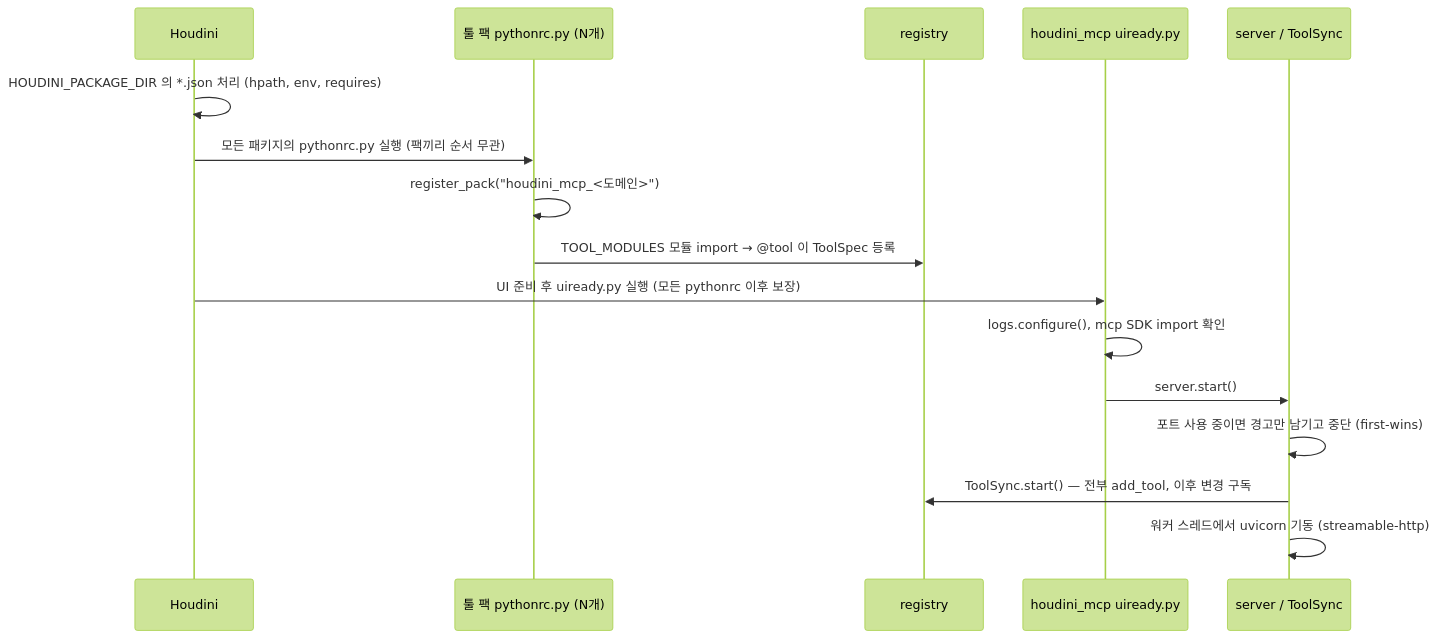
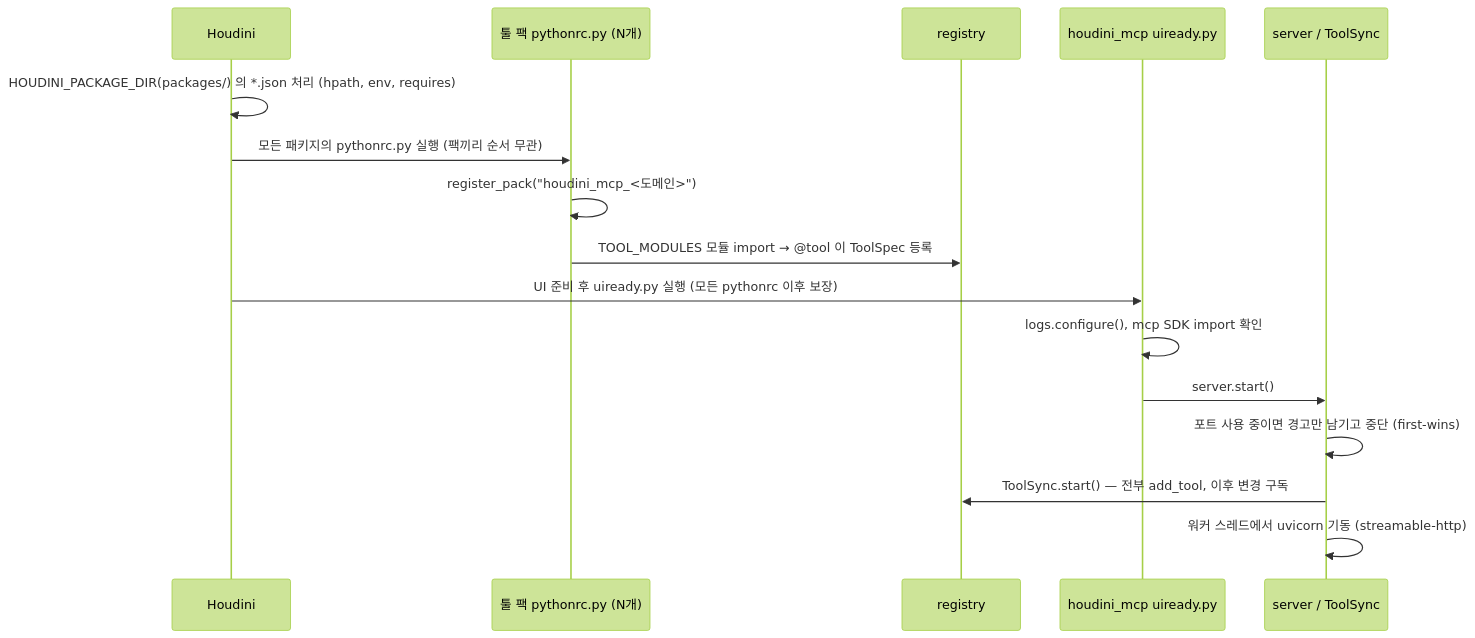
One commit to JuyeongYi/HoudiniMCP changed the first of 2 diagrams in docs/architecture.md. Above: the diagram before and after it, drawn with Mermaid (forest theme). The commit also changed other lines of this file and 87 other files, not shown here.

First line of the commit message:
문서: 메인 README(한/영), 팩 README 영문판, COP 설계, 패키지 JSON 을 packages/ 로

````diff
--- a/docs/architecture.md
+++ b/docs/architecture.md
@@ -106,19 +118,19 @@
 ```mermaid
 sequenceDiagram
     participant H as Houdini
     participant P as 툴 팩 pythonrc.py (N개)
     participant R as registry
     participant U as houdini_mcp uiready.py
     participant S as server / ToolSync
 
-    H->>H: HOUDINI_PACKAGE_DIR 의 *.json 처리 (hpath, env, requires)
+    H->>H: HOUDINI_PACKAGE_DIR(packages/) 의 *.json 처리 (hpath, env, requires)
     H->>P: 모든 패키지의 pythonrc.py 실행 (팩끼리 순서 무관)
     P->>P: register_pack("houdini_mcp_<도메인>")
     P->>R: TOOL_MODULES 모듈 import → @tool 이 ToolSpec 등록
     H->>U: UI 준비 후 uiready.py 실행 (모든 pythonrc 이후 보장)
     U->>U: logs.configure(), mcp SDK import 확인
     U->>S: server.start()
     S->>S: 포트 사용 중이면 경고만 남기고 중단 (first-wins)
     S->>R: ToolSync.start() — 전부 add_tool, 이후 변경 구독
     S->>S: 워커 스레드에서 uvicorn 기동 (streamable-http)
 ```
````
